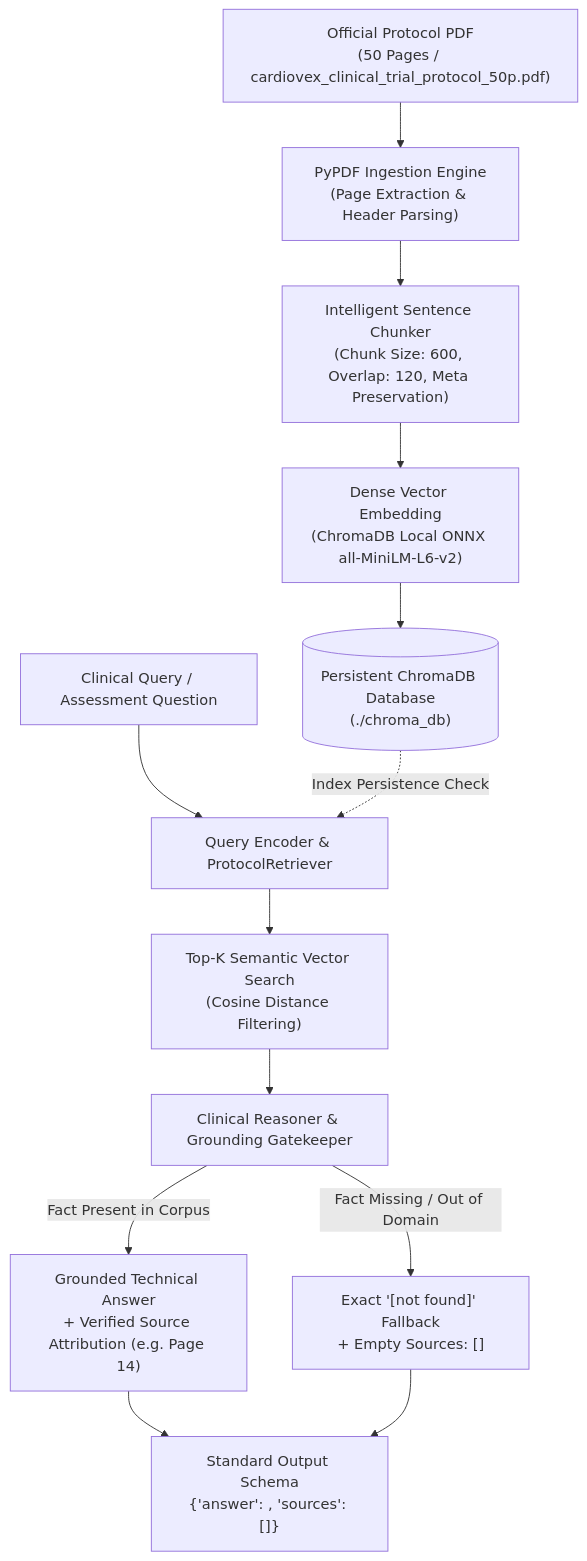
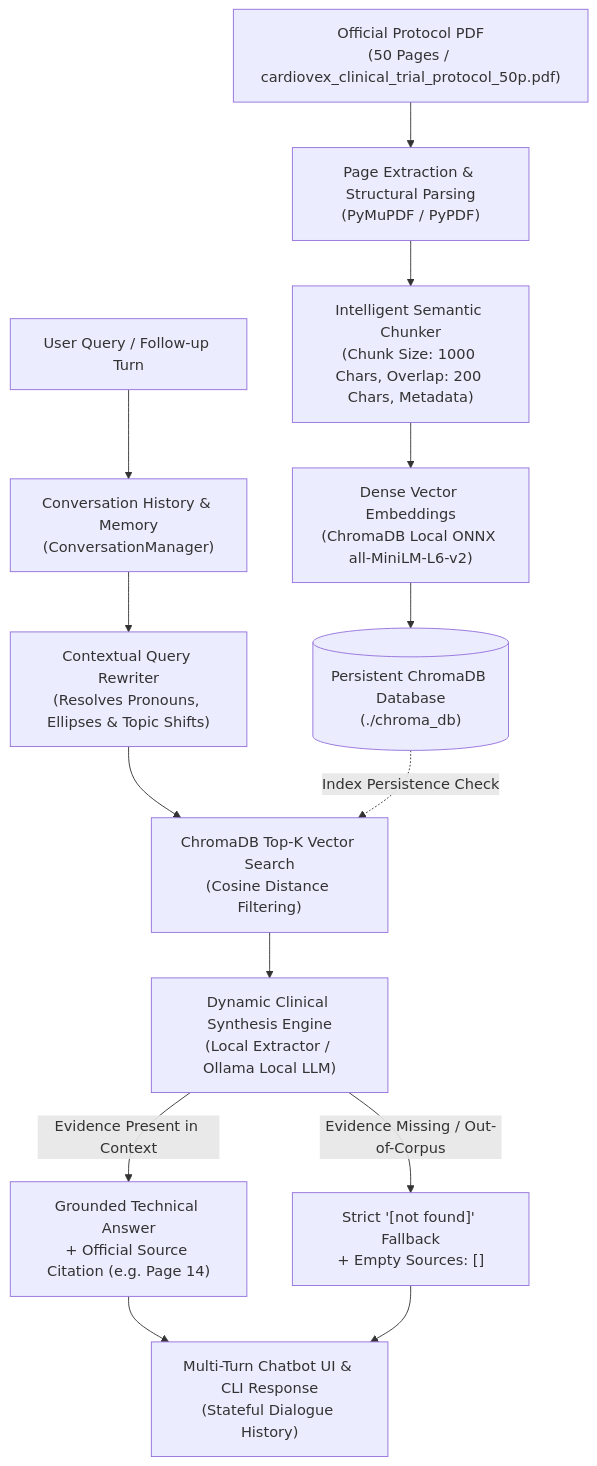
One commit to ubermensch177/cardio-vex-sentinnel changed the first of 2 diagrams in README.md. Above: the diagram before and after it, drawn with Mermaid. The commit also changed other lines of this file and 11 other files, not shown here.

Commit message:
feat: complete conversational RAG chatbot with dynamic retrieval and multi-turn context

````diff
--- a/README.md
+++ b/README.md
@@ -24,18 +24,19 @@
 ```mermaid
 flowchart TD
-    A["Official Protocol PDF\n(50 Pages / cardiovex_clinical_trial_protocol_50p.pdf)"] --> B["PyPDF Ingestion Engine\n(Page Extraction & Header Parsing)"]
-    B --> C["Intelligent Sentence Chunker\n(Chunk Size: 600, Overlap: 120, Meta Preservation)"]
-    C --> D["Dense Vector Embedding\n(ChromaDB Local ONNX all-MiniLM-L6-v2)"]
+    A["Official Protocol PDF\n(50 Pages / cardiovex_clinical_trial_protocol_50p.pdf)"] --> B["Page Extraction & Structural Parsing\n(PyMuPDF / PyPDF)"]
+    B --> C["Intelligent Semantic Chunker\n(Chunk Size: 1000 Chars, Overlap: 200 Chars, Metadata)"]
+    C --> D["Dense Vector Embeddings\n(ChromaDB Local ONNX all-MiniLM-L6-v2)"]
     D --> E[("Persistent ChromaDB Database\n(./chroma_db)")]
     
-    F["Clinical Query / Assessment Question"] --> G["Query Encoder & ProtocolRetriever"]
-    E -.->|Index Persistence Check| G
-    G --> H["Top-K Semantic Vector Search\n(Cosine Distance Filtering)"]
-    H --> I["Clinical Reasoner & Grounding Gatekeeper"]
+    F["User Query / Follow-up Turn"] --> G["Conversation History & Memory\n(ConversationManager)"]
+    G --> H["Contextual Query Rewriter\n(Resolves Pronouns, Ellipses & Topic Shifts)"]
+    H --> I["ChromaDB Top-K Vector Search\n(Cosine Distance Filtering)"]
+    E -.->|Index Persistence Check| I
     
-    I -->|Fact Present in Corpus| J["Grounded Technical Answer\n+ Verified Source Attribution (e.g. Page 14)"]
-    I -->|Fact Missing / Out of Domain| K["Exact '[not found]' Fallback\n+ Empty Sources: []"]
+    I --> J["Dynamic Clinical Synthesis Engine\n(Local Extractor / Ollama Local LLM)"]
+    J -->|Evidence Present in Context| K["Grounded Technical Answer\n+ Official Source Citation (e.g. Page 14)"]
+    J -->|Evidence Missing / Out-of-Corpus| L["Strict '[not found]' Fallback\n+ Empty Sources: []"]
     
-    J --> L["Standard Output Schema\n{'answer': <str>, 'sources': [<page_id>]}"]
-    K --> L
+    K --> M["Multi-Turn Chatbot UI & CLI Response\n(Stateful Dialogue History)"]
+    L --> M
 ```
````
